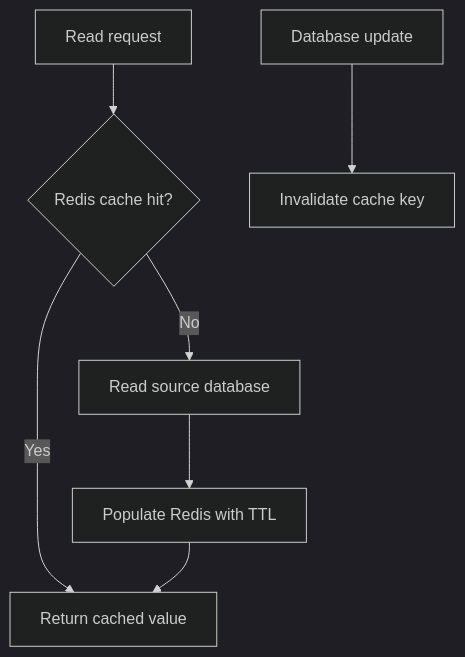
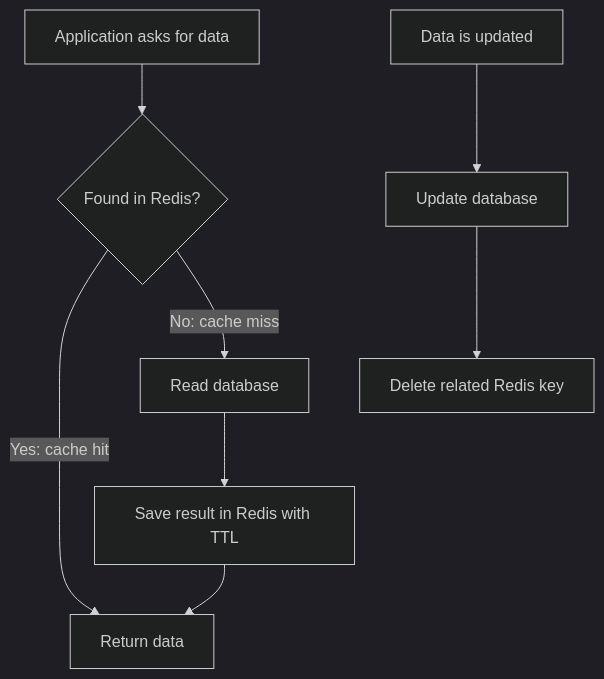
One commit to jayeshsharma2605/database_notes changed the sixth of 6 diagrams in Redis_for_System_Design_Interviews.md. Above: the diagram before and after it, drawn with Mermaid (dark theme). The commit also changed other lines of this file, not shown here.

Commit message:
Simplify Redis system design interview notes

````diff
--- a/Redis_for_System_Design_Interviews.md
+++ b/Redis_for_System_Design_Interviews.md
@@ -235,9 +245,10 @@
 ```mermaid
 flowchart TD
-    REQ[Read request] --> HIT{Redis cache hit?}
-    HIT -->|Yes| OUT[Return cached value]
-    HIT -->|No| DB[Read source database]
-    DB --> SET[Populate Redis with TTL]
-    SET --> OUT
-    WRITE[Database update] --> DEL[Invalidate cache key]
+    Q[Application asks for data] --> C{Found in Redis?}
+    C -->|Yes: cache hit| OUT[Return data]
+    C -->|No: cache miss| DB[Read database]
+    DB --> SAVE[Save result in Redis with TTL]
+    SAVE --> OUT
+    U[Data is updated] --> D[Update database]
+    D --> INV[Delete related Redis key]
 ```
````
